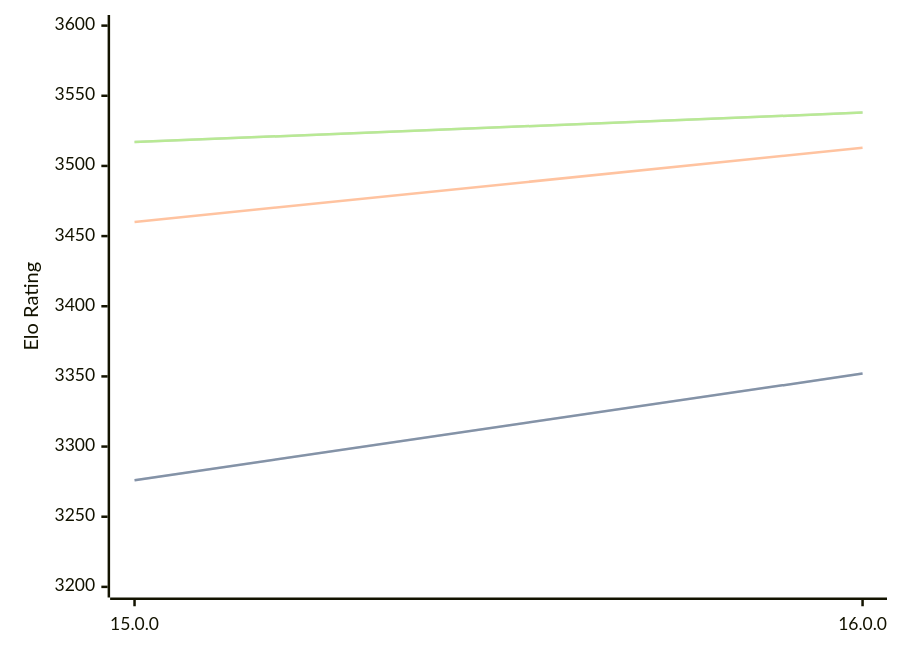
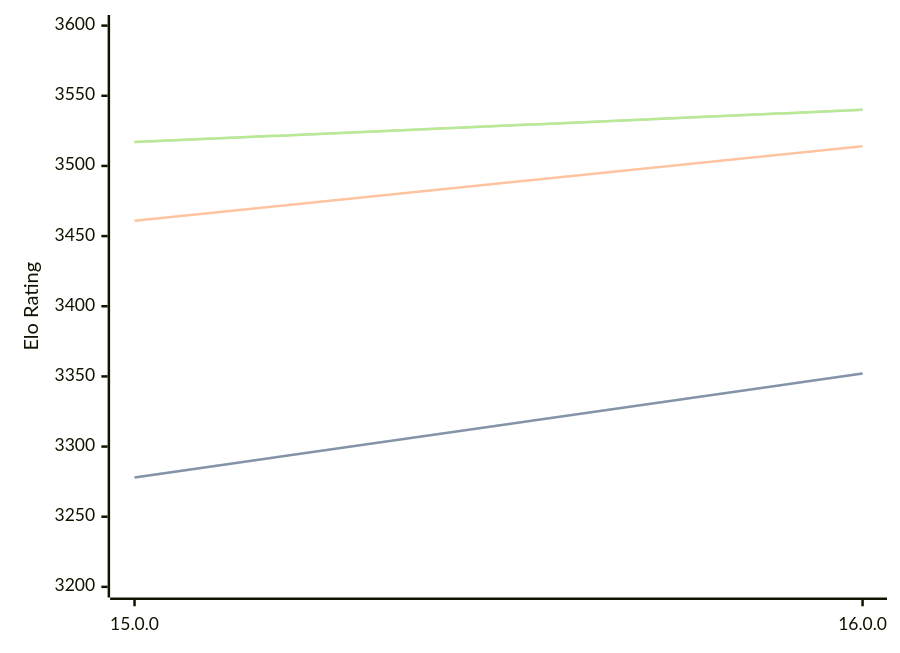
Before and after one commit to computer-chess-index/cci: the diagram in engines/Halogen.md, drawn with Mermaid. The commit also changed other lines of this file, not shown here.

Commit message:
Update CCI Ratings (ELO VLTC) - 2026-07-31

````diff
--- a/engines/Halogen.md
+++ b/engines/Halogen.md
@@ -50,11 +50,11 @@
 ```mermaid
 %%{init: {"theme":"base","themeVariables":{"seriesColors:['#a3a3a3','#222221','#faa371']}}}%%
 xychart-beta
   x-axis ["15.0.0", "16.0.0"]
   y-axis "Elo Rating" 3200 --> 3600
-  line "STC (8.0+0.08s)" [3276, 3352]
-  line "STC (8.0+0.08s)" [3276, 3352]
-  line "LTC (60.0+0.60s)" [3460, 3513]
-  line "VLTC (2m24s+1.12s)" [3517, 3538]
-  line "VLTC (2m24s+1.12s)" [3517, 3538]
+  line "STC (8.0+0.08s)" [3278, 3352]
+  line "STC (8.0+0.08s)" [3278, 3352]
+  line "LTC (60.0+0.60s)" [3461, 3514]
+  line "VLTC (2m24s+1.12s)" [3517, 3540]
+  line "VLTC (2m24s+1.12s)" [3517, 3540]
 ```
````
